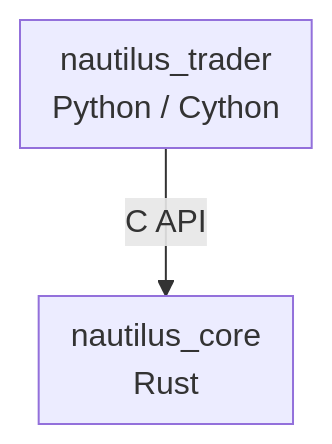
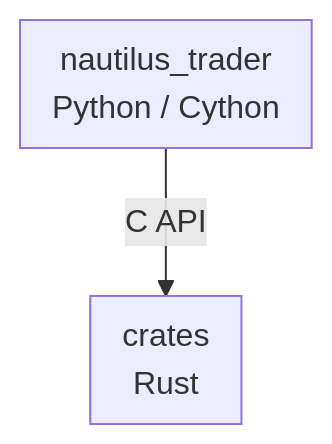
The fifth of 6 diagrams in docs_zh/concepts/architecture.md (wukai9203/nautilus_trader), drawn with Mermaid before and after one commit. The commit also changed other lines of this file and 101 other files, not shown here.

````diff
--- a/docs_zh/concepts/architecture.md
+++ b/docs_zh/concepts/architecture.md
@@ -485,10 +532,10 @@
 ```mermaid
 flowchart TB
     subgraph trader["nautilus_trader<br/>Python / Cython"]
     end
 
-    subgraph core["nautilus_core<br/>Rust"]
+    subgraph core["crates<br/>Rust"]
     end
 
     trader -->|"C API"| core
 ```
````
